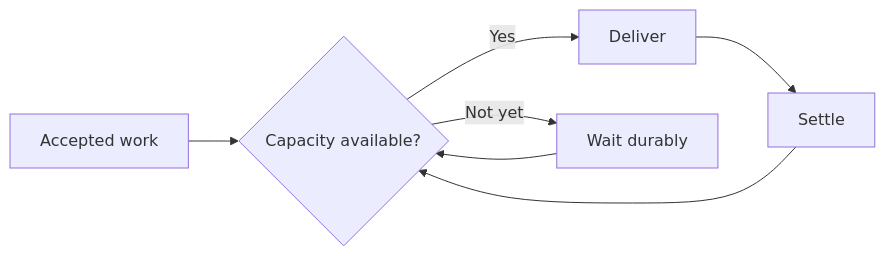
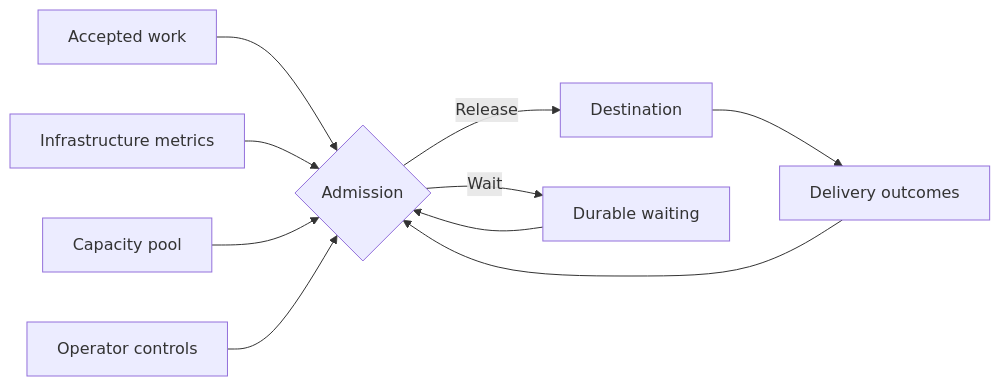
Before and after one commit to arklowsc/docs: the diagram in fundamentals/admission-control.mdx, drawn with Mermaid. The commit also changed other lines of this file and 5 other files, not shown here.

````diff
--- a/fundamentals/admission-control.mdx
+++ b/fundamentals/admission-control.mdx
@@ -10,9 +8,12 @@
 ```mermaid actions={false}
 flowchart LR
-    A[Accepted work] --> G{Capacity available?}
-    G -->|Yes| D[Deliver]
-    G -->|Not yet| W[Wait durably]
+    A[Accepted work] --> G{Admission}
+    G -->|Release| D[Destination]
+    G -->|Wait| W[Durable waiting]
     W --> G
-    D --> S[Settle]
-    S --> G
+    D --> O[Delivery outcomes]
+    O --> G
+    M[Infrastructure metrics] --> G
+    P[Capacity pool] --> G
+    C[Operator controls] --> G
 ```
````
